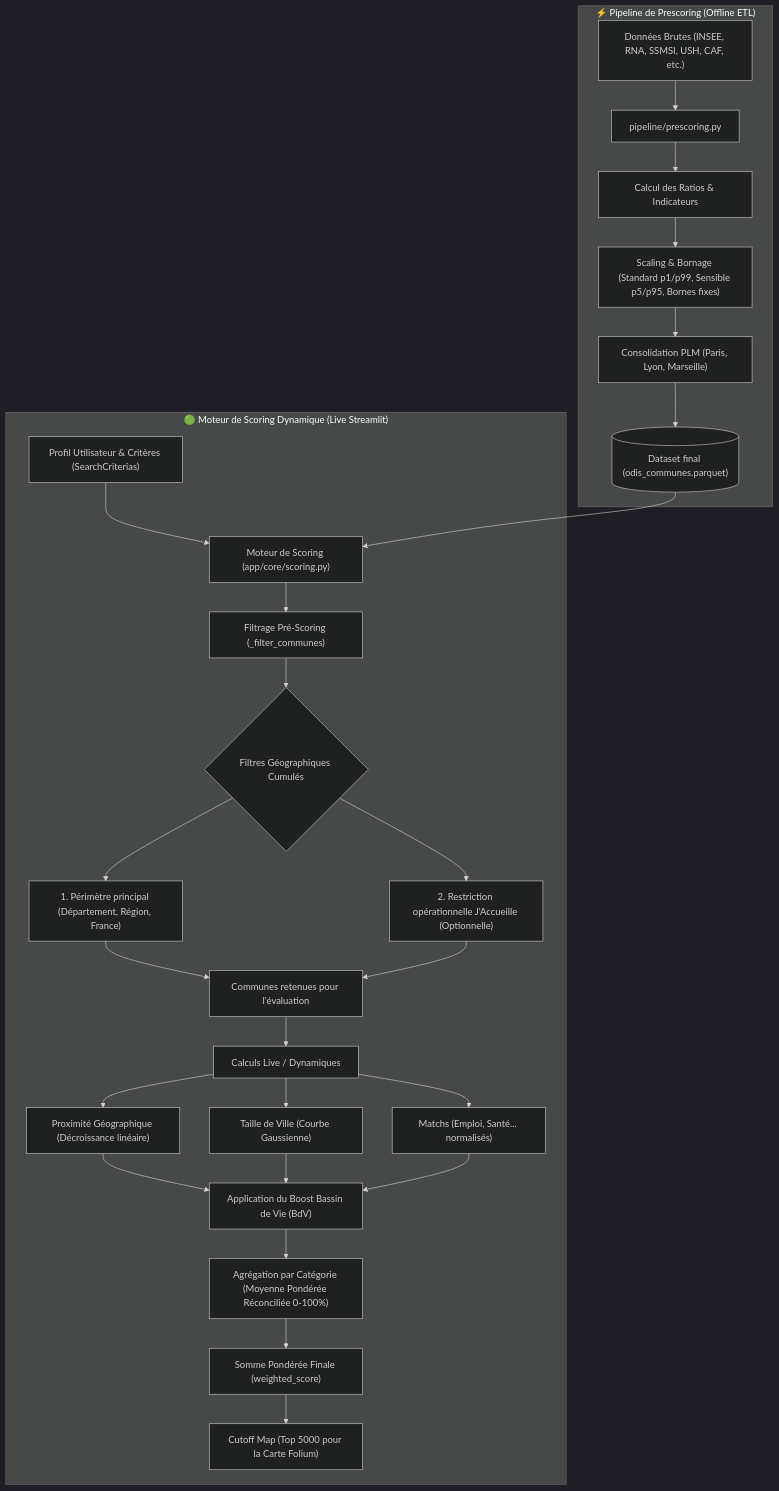
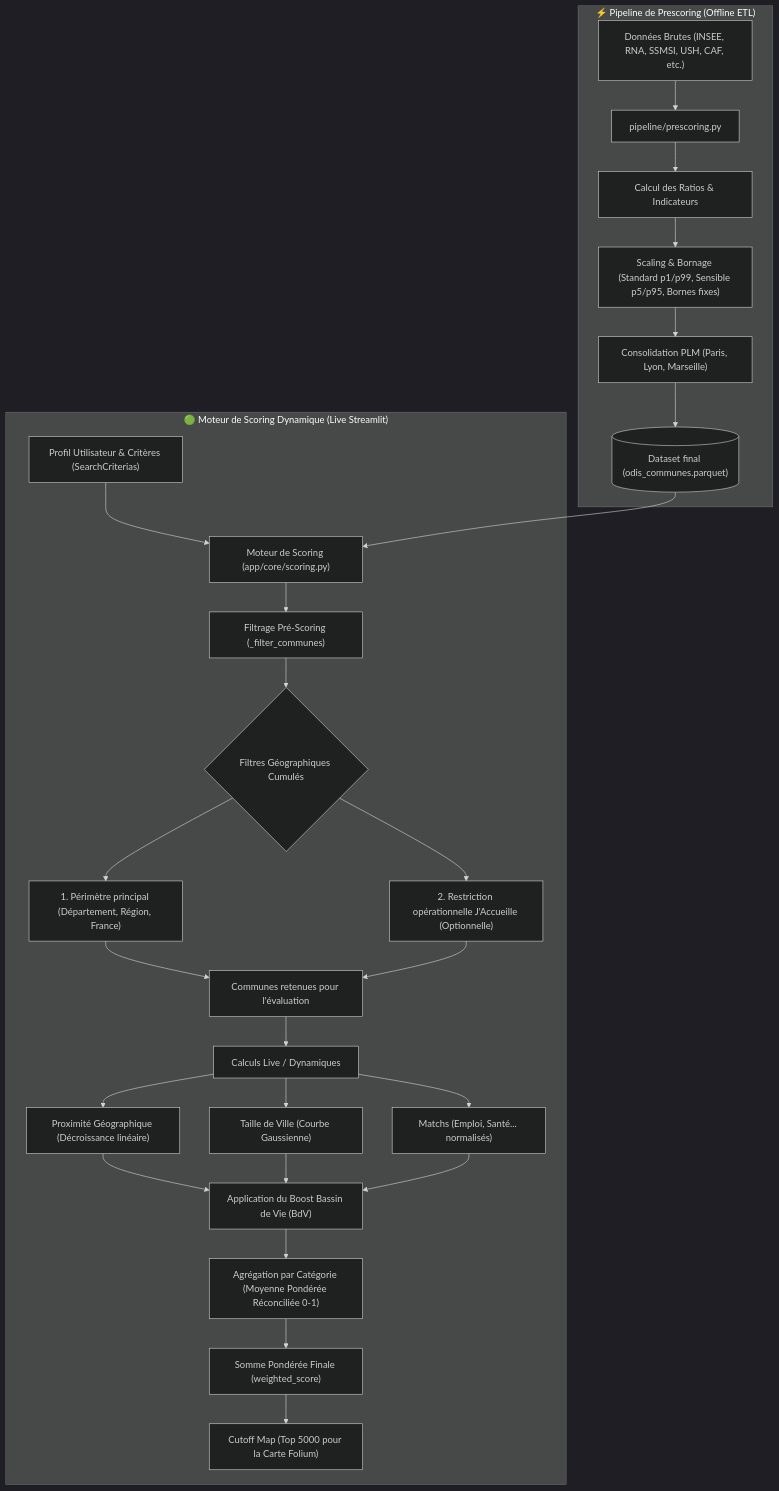
The diagram in SCORING.md (jbesan/13_odis_stream2), drawn with Mermaid (dark theme) before and after one commit. The commit also changed other lines of this file and 33 other files, not shown here.

Commit message:
refactor: clean up unused imports and update global scoring terminology to index-based scale

````diff
--- a/SCORING.md
+++ b/SCORING.md
@@ -15,43 +15,43 @@
 ```mermaid
 graph TD
     %% Offline Pipeline (Pre-scoring)
     subgraph Offline ["⚡ Pipeline de Prescoring (Offline ETL)"]
         A["Données Brutes (INSEE, RNA, SSMSI, USH, CAF, etc.)"] --> B["pipeline/prescoring.py"]
         B --> C["Calcul des Ratios & Indicateurs"]
         C --> D["Scaling & Bornage (Standard p1/p99, Sensible p5/p95, Bornes fixes)"]
         D --> E["Consolidation PLM (Paris, Lyon, Marseille)"]
         E --> F[("Dataset final (odis_communes.parquet)")]
     end
 
     %% Online Engine (Live-scoring)
     subgraph Online ["🟢 Moteur de Scoring Dynamique (Live Streamlit)"]
         G["Profil Utilisateur & Critères (SearchCriterias)"] --> H["Moteur de Scoring (app/core/scoring.py)"]
         F --> H
         
         %% Filtering
         H --> H1["Filtrage Pré-Scoring (_filter_communes)"]
         H1 --> H2{"Filtres Géographiques Cumulés"}
         
         %% Geographic filters
         H2 --> H2a["1. Périmètre principal (Département, Région, France)"]
         H2 --> H2b["2. Restriction opérationnelle J'Accueille (Optionnelle)"]
         
         H2a & H2b --> H3["Communes retenues pour l'évaluation"]
         
         %% Dynamic Calculations
         H3 --> I["Calculs Live / Dynamiques"]
         I --> I3["Matchs (Emploi, Santé... normalisés)"]
         I --> I1["Proximité Géographique (Décroissance linéaire)"]
         I --> I2["Taille de Ville (Courbe Gaussienne)"]
         
         %% BdV Boost
         I1 & I2 & I3 --> J["Application du Boost Bassin de Vie (BdV)"]
         
-        %% Category aggregation & Percentile normalisation
-        J --> K["Agrégation par Catégorie (Moyenne Pondérée Réconciliée 0-100%)"]
+        %% Category aggregation & global weighted index
+        J --> K["Agrégation par Catégorie (Moyenne Pondérée Réconciliée 0-1)"]
         
         %% Weighted Sum & Map limit
         K --> L["Somme Pondérée Finale (weighted_score)"]
         L --> M["Cutoff Map (Top 5000 pour la Carte Folium)"]
     end
 ```
````
